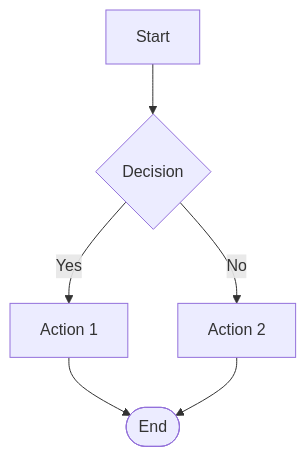
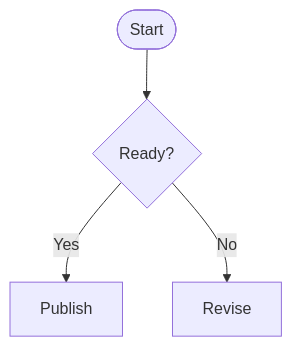
The first of 2 diagrams in local/coding/common/skills/mermaid-diagrams/SKILL.md (reloveution/context-development), drawn with Mermaid before and after one commit. The commit also changed other lines of this file and 60 other files, not shown here.

````diff
--- a/local/coding/common/skills/mermaid-diagrams/SKILL.md
+++ b/local/coding/common/skills/mermaid-diagrams/SKILL.md
@@ -21,8 +27,6 @@
 ```mermaid
 flowchart TD
-  A[Start] --> B{Decision}
-  B -->|Yes| C[Action 1]
-  B -->|No| D[Action 2]
-  C --> E([End])
-  D --> E
+  start([Start]) --> ready{Ready?}
+  ready -->|Yes| publish[Publish]
+  ready -->|No| revise[Revise]
 ```
````
